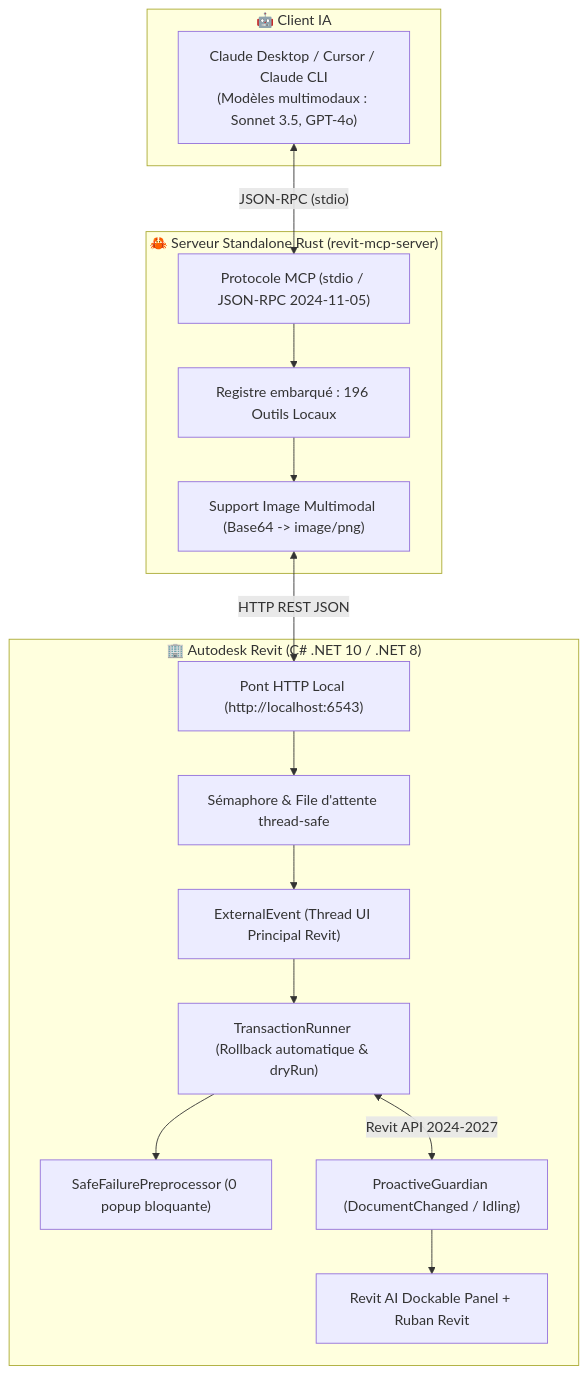
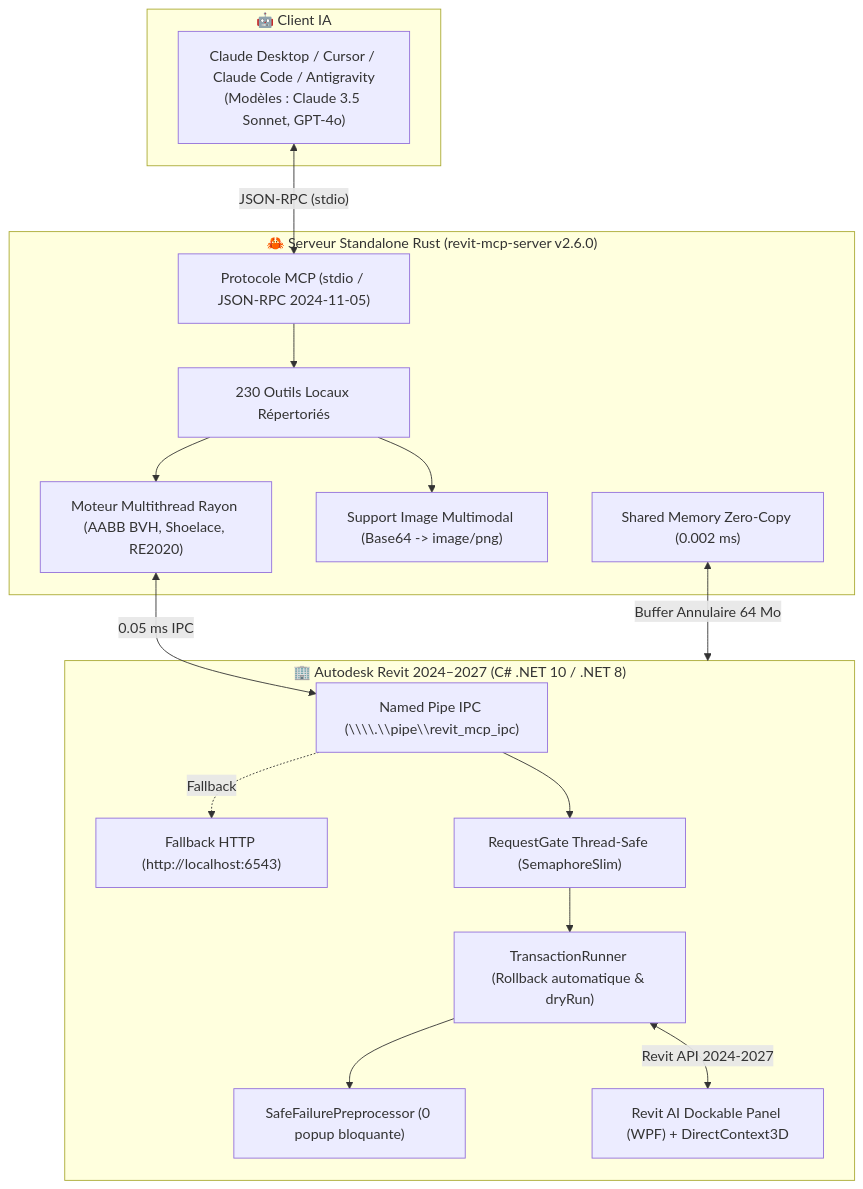
One commit to EncoreZaan/ARC changed the diagram in README.md. Above: the diagram before and after it, drawn with Mermaid. The commit also changed other lines of this file, not shown here.

Commit message:
docs: enrich README with official 3D landing page, full 230 tools catalog and named pipe architecture

````diff
--- a/README.md
+++ b/README.md
@@ -170,33 +164,35 @@
 ```mermaid
 flowchart TD
     subgraph Client["🤖 Client IA"]
-        Claude["Claude Desktop / Cursor / Claude CLI\n(Modèles multimodaux : Sonnet 3.5, GPT-4o)"]
+        Claude["Claude Desktop / Cursor / Claude Code / Antigravity\n(Modèles : Claude 3.5 Sonnet, GPT-4o)"]
     end
 
-    subgraph RustServer["🦀 Serveur Standalone Rust (revit-mcp-server)"]
+    subgraph RustServer["🦀 Serveur Standalone Rust (revit-mcp-server v2.6.0)"]
         RPC["Protocole MCP (stdio / JSON-RPC 2024-11-05)"]
-        Registry["Registre embarqué : 196 Outils Locaux"]
+        Registry["230 Outils Locaux Répertoriés"]
+        RayonEngine["Moteur Multithread Rayon (AABB BVH, Shoelace, RE2020)"]
         VisionEngine["Support Image Multimodal (Base64 -> image/png)"]
+        SharedMemRust["Shared Memory Zero-Copy (0.002 ms)"]
     end
 
-    subgraph AddIn["🏢 Autodesk Revit (C# .NET 10 / .NET 8)"]
-        HTTP["Pont HTTP Local (http://localhost:6543)"]
-        Gate["Sémaphore & File d'attente thread-safe"]
-        ExtEvent["ExternalEvent (Thread UI Principal Revit)"]
+    subgraph AddIn["🏢 Autodesk Revit 2024–2027 (C# .NET 10 / .NET 8)"]
+        NamedPipe["Named Pipe IPC (\\\\.\\pipe\\revit_mcp_ipc)"]
+        HTTPFallback["Fallback HTTP (http://localhost:6543)"]
+        RequestGate["RequestGate Thread-Safe (SemaphoreSlim)"]
         TxRunner["TransactionRunner (Rollback automatique & dryRun)"]
         SafeFailure["SafeFailurePreprocessor (0 popup bloquante)"]
-        Guardian["ProactiveGuardian (DocumentChanged / Idling)"]
-        WPF["Revit AI Dockable Panel + Ruban Revit"]
+        DockablePanel["Revit AI Dockable Panel (WPF) + DirectContext3D"]
     end
 
     Claude <-->|"JSON-RPC (stdio)"| RPC
     RPC --> Registry
+    Registry --> RayonEngine
     Registry --> VisionEngine
-    VisionEngine <-->|"HTTP REST JSON"| HTTP
-    HTTP --> Gate
-    Gate --> ExtEvent
-    ExtEvent --> TxRunner
+    RayonEngine <-->|"0.05 ms IPC"| NamedPipe
+    NamedPipe -.->|"Fallback"| HTTPFallback
+    NamedPipe --> RequestGate
+    RequestGate --> TxRunner
     TxRunner --> SafeFailure
-    TxRunner <-->|"Revit API 2024-2027"| Guardian
-    Guardian --> WPF
+    TxRunner <-->|"Revit API 2024-2027"| DockablePanel
+    SharedMemRust <-->|"Buffer Annulaire 64 Mo"| AddIn
 ```
````
